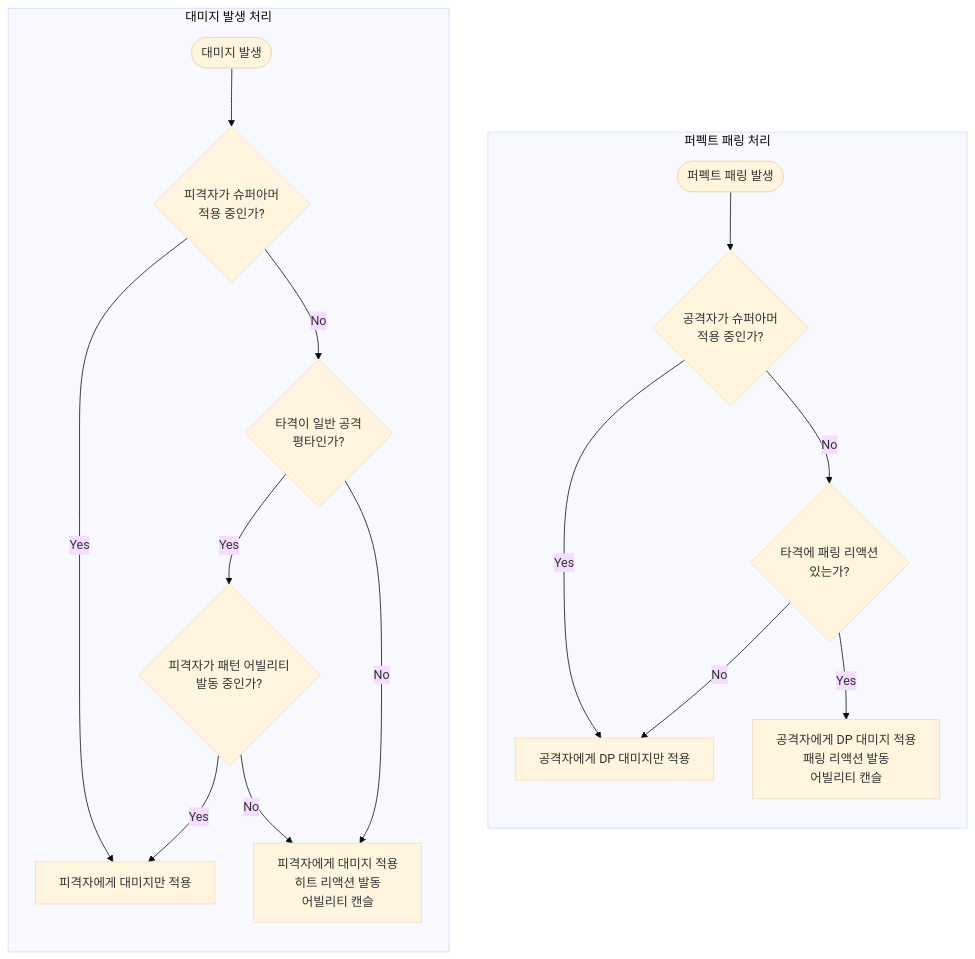
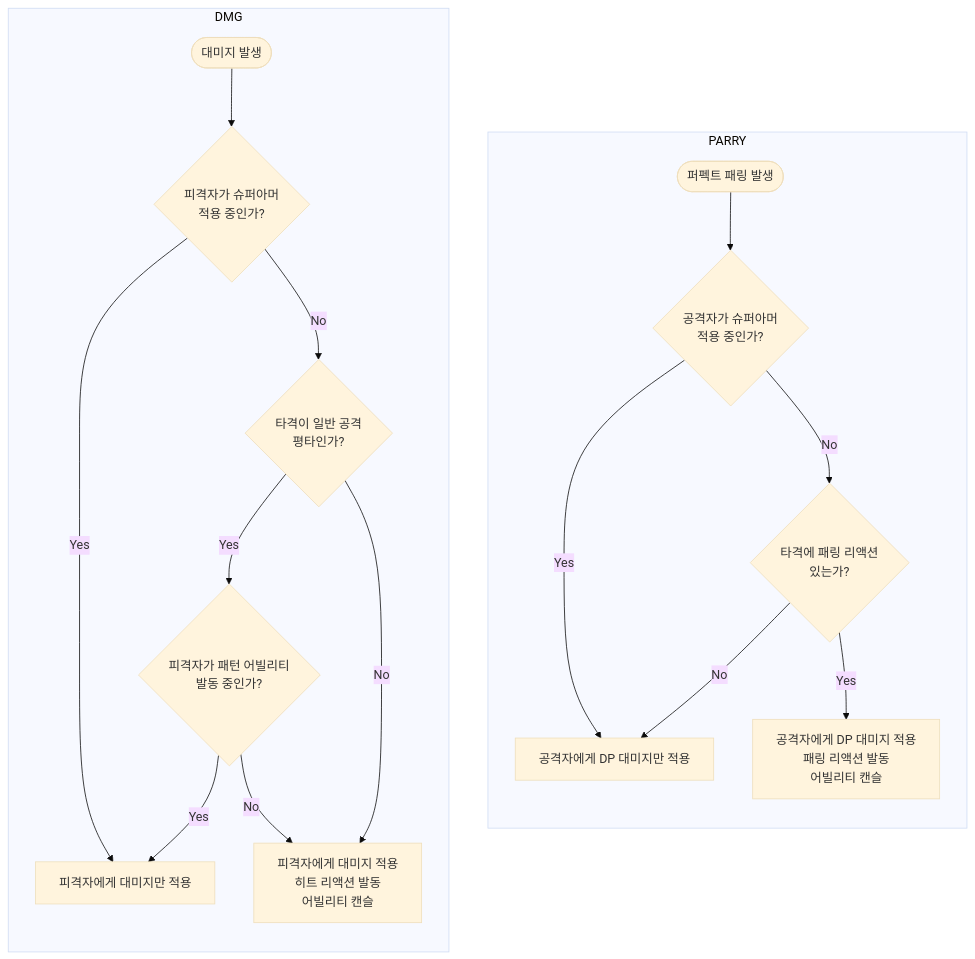
Before and after one commit to Woogl/ProjectWx: the diagram in Docs/Meeting/hit_react_feedback_2nd.md, drawn with Mermaid (base theme). The commit also changed other lines of this file, not shown here.

Commit message:
다이어그램 수정

````diff
--- a/Docs/Meeting/hit_react_feedback_2nd.md
+++ b/Docs/Meeting/hit_react_feedback_2nd.md
@@ -125,23 +125,23 @@
 ```mermaid
 flowchart TD
-  subgraph PARRY[퍼펙트 패링 처리]
+  subgraph PARRY
     direction TD
     E2([퍼펙트 패링 발생]):::entry --> Q4{공격자가 슈퍼아머<br/>적용 중인가?}:::branch
     Q4 -- Yes --> RD2[공격자에게 DP 대미지만 적용]:::damageOnly
     Q4 -- No --> Q5{타격에 패링 리액션<br/>있는가?}:::branch
     Q5 -- No --> RD2
     Q5 -- Yes --> RP[공격자에게 DP 대미지 적용<br/>패링 리액션 발동<br/>어빌리티 캔슬]:::result
   end
 
 
-  subgraph DMG[대미지 발생 처리]
+  subgraph DMG
     direction TD
     E1([대미지 발생]):::entry --> Q1{피격자가 슈퍼아머<br/>적용 중인가?}:::branch
     Q1 -- Yes --> RD1[피격자에게 대미지만 적용]:::damageOnly
     Q1 -- No --> Q2{타격이 일반 공격<br/>평타인가?}:::branch
     Q2 -- Yes --> Q3{피격자가 패턴 어빌리티<br/>발동 중인가?}:::branch
     Q2 -- No --> RH1[피격자에게 대미지 적용<br/>히트 리액션 발동<br/>어빌리티 캔슬]:::result
     Q3 -- Yes --> RD1
     Q3 -- No --> RH1
   end
 ```
````
